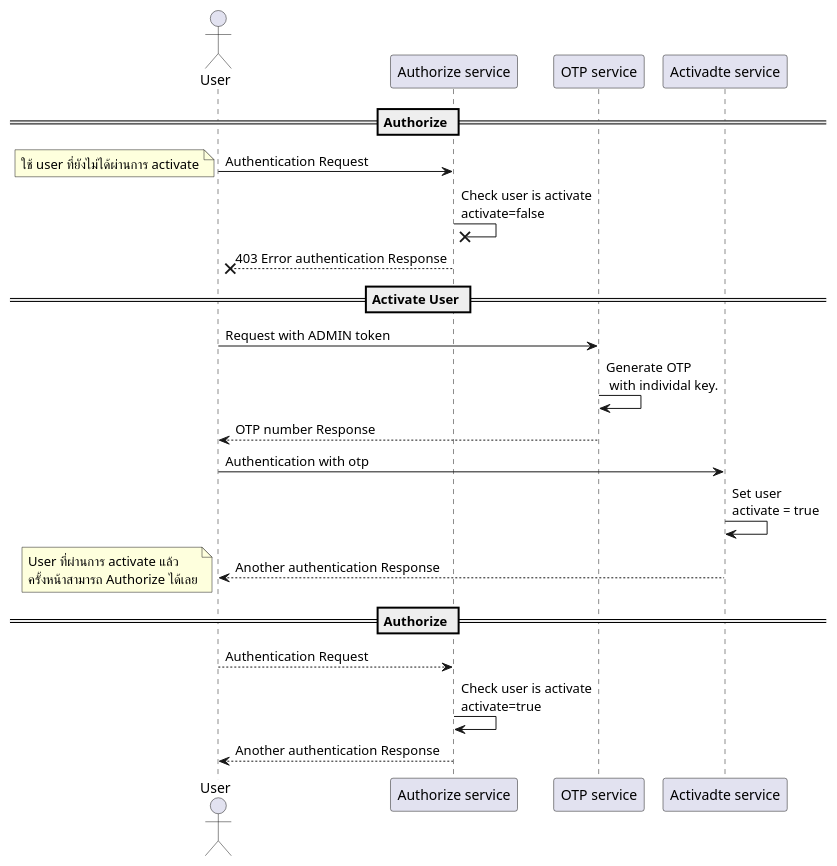
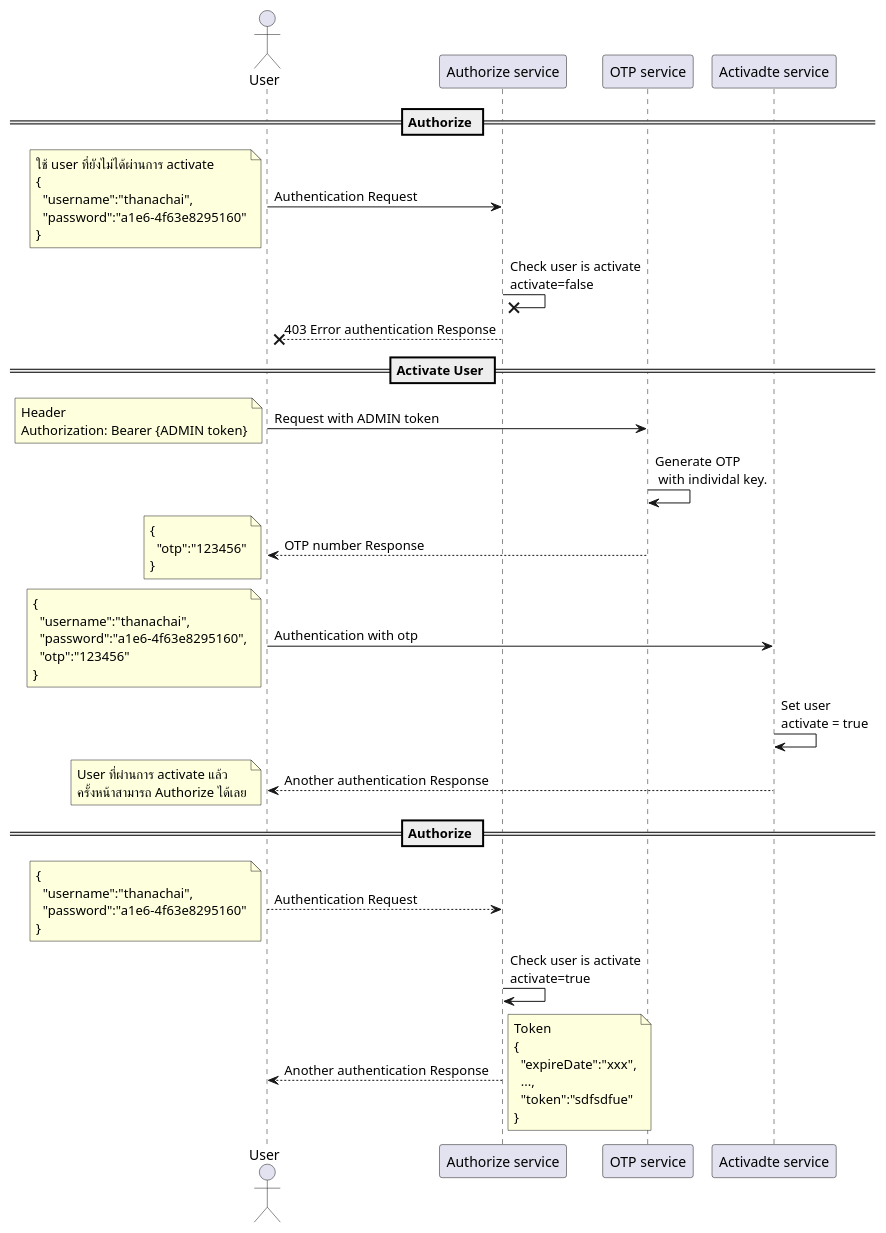
One commit to ffc-nectec/api-doc changed the diagram in uml/activadte_user.plantuml. Above: the diagram before and after it, drawn with PlantUML. The commit also changed 1 other file, not shown here.

```diff
--- a/uml/activadte_user.plantuml
+++ b/uml/activadte_user.plantuml
@@ -1,24 +1,29 @@
 @startuml
 actor User
 
 == Authorize ==
 User -> "Authorize service": Authentication Request
-note left: ใช้ user ที่ยังไม่ได้ผ่านการ activate
+note left: ใช้ user ที่ยังไม่ได้ผ่านการ activate\n{\n  "username":"thanachai",\n  "password":"a1e6-4f63e8295160"\n}
 "Authorize service" ->x "Authorize service": Check user is activate\nactivate=false
 User x<-- "Authorize service": 403 Error authentication Response
 
 == Activate User ==
 User -> "OTP service": Request with ADMIN token
+note left: Header\nAuthorization: Bearer {ADMIN token}
 "OTP service" -> "OTP service": Generate OTP\n with individal key.
 "OTP service" --> User: OTP number Response
+note left: {\n  "otp":"123456"\n}
 User -> "Activadte service": Authentication with otp
+note left: {\n  "username":"thanachai",\n  "password":"a1e6-4f63e8295160",\n  "otp":"123456"\n}
 "Activadte service" -> "Activadte service" : Set user\nactivate = true
 User <-- "Activadte service": Another authentication Response
+note left: User ที่ผ่านการ activate แล้ว\nครั้งหน้าสามารถ Authorize ได้เลย
 
 == Authorize ==
-note left: User ที่ผ่านการ activate แล้ว\nครั้งหน้าสามารถ Authorize ได้เลย
 User --> "Authorize service": Authentication Request
+note left: {\n  "username":"thanachai",\n  "password":"a1e6-4f63e8295160"\n}
 "Authorize service" -> "Authorize service": Check user is activate\nactivate=true
 User <-- "Authorize service": Another authentication Response
+note right: Token\n{\n  "expireDate":"xxx",\n  ...,\n  "token":"sdfsdfue"\n}
 
 @enduml
```
